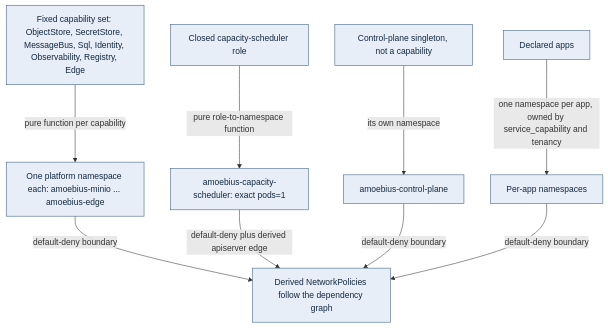
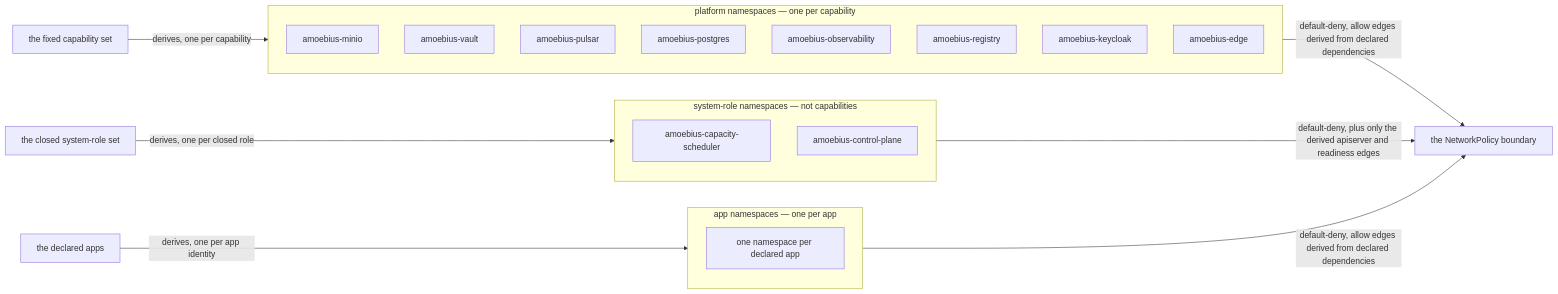
One commit to Tuee22/amoebius changed the diagram in documents/engineering/namespace_layout_doctrine.md. Above: the diagram before and after it, drawn with Mermaid. The commit also changed other lines of this file and 509 other files, not shown here.

````diff
--- a/documents/engineering/namespace_layout_doctrine.md
+++ b/documents/engineering/namespace_layout_doctrine.md
@@ -95,12 +123,35 @@
 ```mermaid
-flowchart TD
-  capset["Fixed capability set: ObjectStore, SecretStore, MessageBus, Sql, Identity, Observability, Registry, Edge"]:::intent -->|pure function per capability| nsplat["One platform namespace each: amoebius-minio ... amoebius-edge"]:::intent
-  schedrole["Closed capacity-scheduler role"]:::intent -->|pure role-to-namespace function| nssched["amoebius-capacity-scheduler: exact pods=1"]:::intent
-  singleton["Control-plane singleton, not a capability"]:::intent -->|its own namespace| nscp["amoebius-control-plane"]:::intent
-  appset["Declared apps"]:::intent -->|one namespace per app, owned by service_capability and tenancy| nsapp["Per-app namespaces"]:::intent
-  nsplat -->|default-deny boundary| policy["Derived NetworkPolicies follow the dependency graph"]:::intent
-  nssched -->|default-deny plus derived apiserver edge| policy
-  nscp -->|default-deny boundary| policy
-  nsapp -->|default-deny boundary| policy
-  classDef intent   fill:#e8eef7,stroke:#33587a,color:#12283f,stroke-width:1px
+flowchart LR
+  %% register: orientation
+  capset["the fixed capability set"]
+  roles["the closed system-role set"]
+  apps["the declared apps"]
+
+  subgraph plat["platform namespaces — one per capability"]
+    minio["amoebius-minio"]
+    vault["amoebius-vault"]
+    pulsar["amoebius-pulsar"]
+    pg["amoebius-postgres"]
+    obs["amoebius-observability"]
+    reg["amoebius-registry"]
+    kc["amoebius-keycloak"]
+    edge["amoebius-edge"]
+  end
+
+  subgraph sys["system-role namespaces — not capabilities"]
+    sched["amoebius-capacity-scheduler"]
+    cp["amoebius-control-plane"]
+  end
+
+  subgraph appns["app namespaces — one per app"]
+    a1["one namespace per declared app"]
+  end
+
+  capset -->|"derives, one per capability"| plat
+  roles -->|"derives, one per closed role"| sys
+  apps -->|"derives, one per app identity"| appns
+
+  plat -->|"default-deny, allow edges derived from declared dependencies"| policy["the NetworkPolicy boundary"]
+  sys -->|"default-deny, plus only the derived apiserver and readiness edges"| policy
+  appns -->|"default-deny, allow edges derived from declared dependencies"| policy
 ```
````
